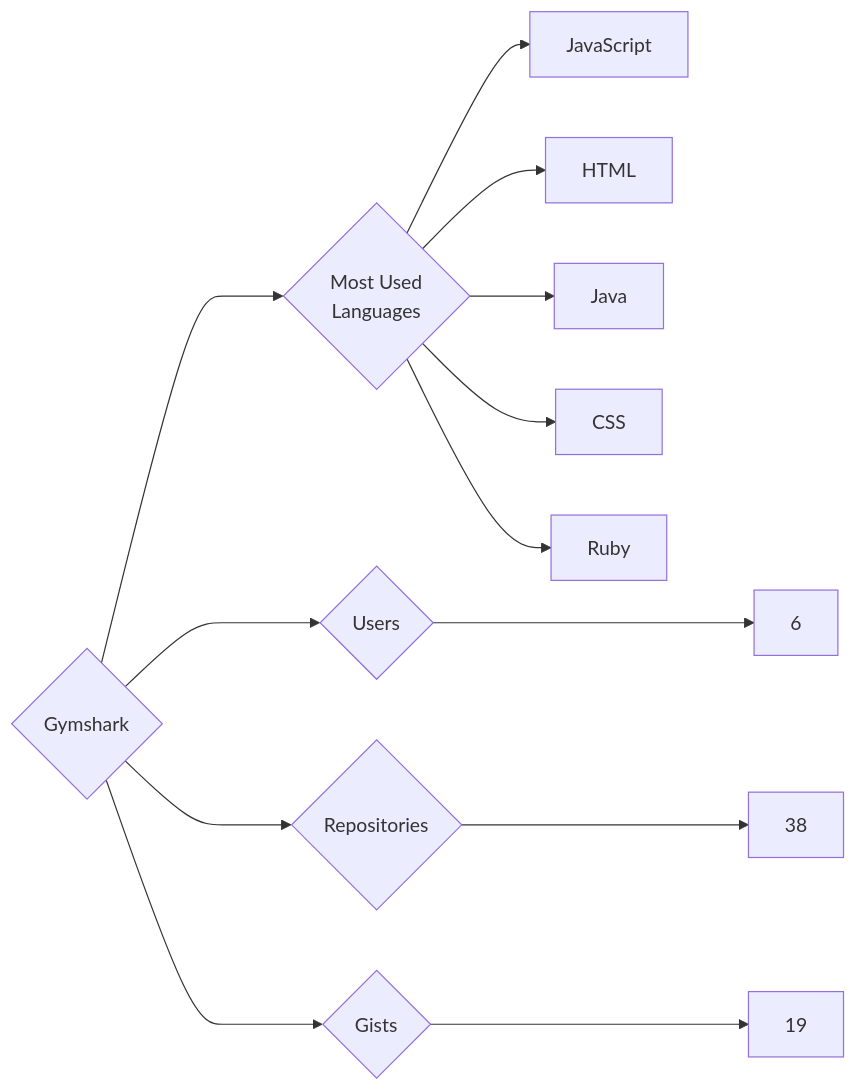
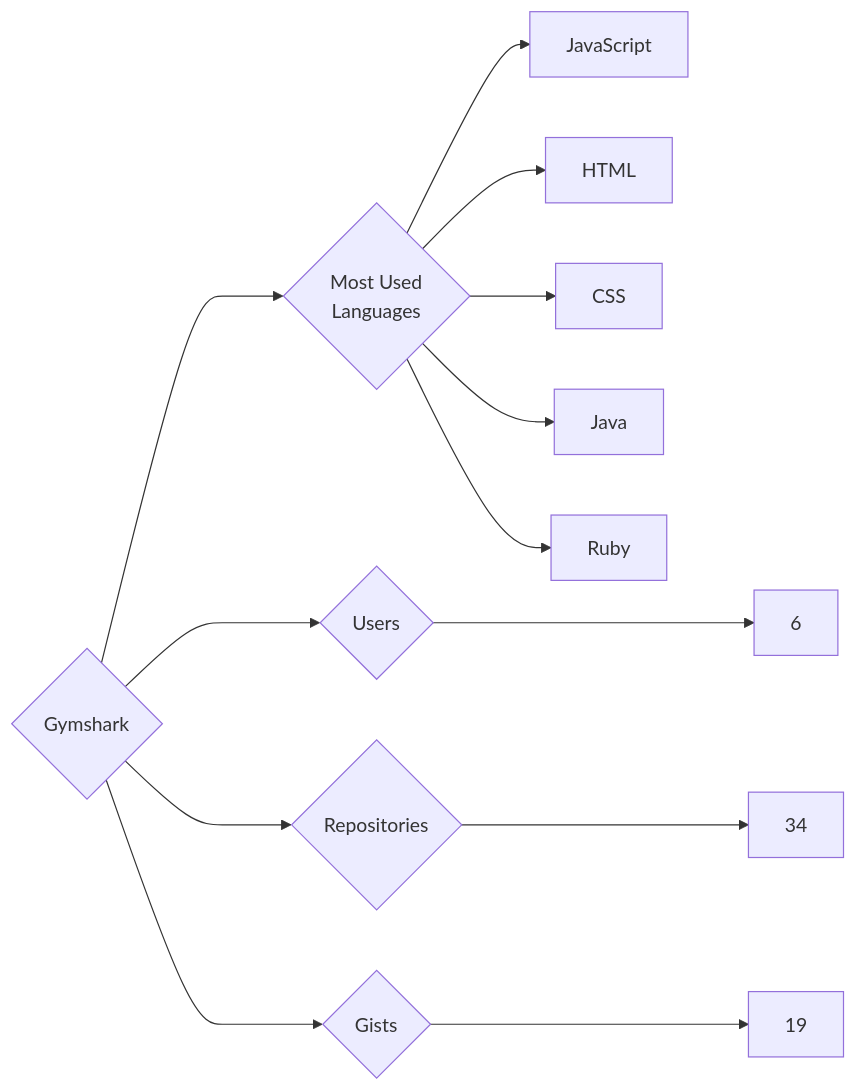
Before and after one commit to trickest/insiders: the diagram in targets/Gymshark/README.md, drawn with Mermaid. The commit also changed 998 other files, not shown here.

````diff
--- a/targets/Gymshark/README.md
+++ b/targets/Gymshark/README.md
@@ -3,13 +3,13 @@
 ```mermaid
 graph LR
 COMPANY_NAME{Gymshark}
 COMPANY_NAME ---> U{Users} ---> UN[6]
-COMPANY_NAME ---> R{Repositories} ---> RN[38]
+COMPANY_NAME ---> R{Repositories} ---> RN[34]
 COMPANY_NAME ---> G{Gists} ---> GN[19]
 COMPANY_NAME ---> ML{Most Used<br>Languages}
 ML --> JavaScript[JavaScript]
 ML --> HTML[HTML]
+ML --> CSS[CSS]
 ML --> Java[Java]
-ML --> CSS[CSS]
 ML --> Ruby[Ruby]
 ```
````
